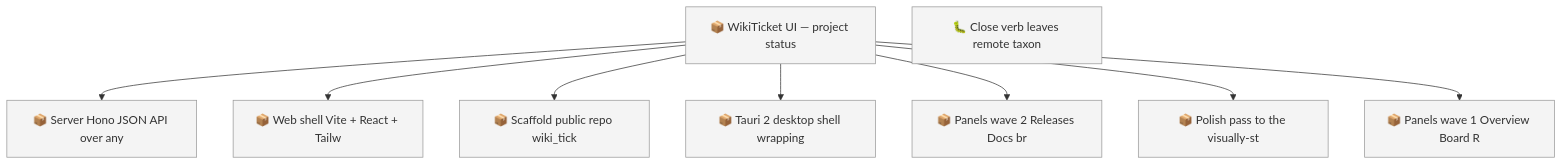
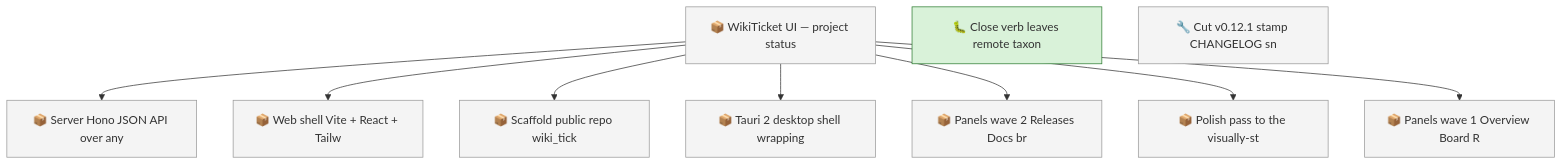
One commit to SpillwaveSolutions/wiki_ticket_sdd changed the first of 2 diagrams in docs/roadmap.md. Above: the diagram before and after it, drawn with Mermaid. The commit also changed other lines of this file and 18 other files, not shown here.

````diff
--- a/docs/roadmap.md
+++ b/docs/roadmap.md
@@ -51,21 +64,24 @@
 ```mermaid
 graph TD
     01KY111BC71KJGNH55CB2DWMKN["📦 Server Hono JSON API over any"]
     01KY111BC7B70C7M2RF1E57G17["📦 Web shell Vite + React + Tailw"]
     01KY111BC7NJ4BE7JBDK2P6Y56["📦 Scaffold public repo wiki_tick"]
     01KY111BC7PABV8W6SDNVQACSN["📦 WikiTicket UI — project status"]
     01KY111BC842N3J7Y7H85NHSEG["📦 Tauri 2 desktop shell wrapping"]
     01KY111BC88FS6QD49JADZ9CJ5["📦 Panels wave 2 Releases Docs br"]
     01KY111BC8F9BH0T3TERYEFC3C["📦 Polish pass to the visually-st"]
     01KY111BC8QJAS9KH7N368N6RF["📦 Panels wave 1 Overview Board R"]
     01KY129SGV3DEX5NVAP34VV9G2["🐛 Close verb leaves remote taxon"]
+    01KY2J9WN6WN6A8TVMR1TNS6ZX["🔧 Cut v0.12.1 stamp CHANGELOG sn"]
     01KY111BC7PABV8W6SDNVQACSN --> 01KY111BC71KJGNH55CB2DWMKN
     01KY111BC7PABV8W6SDNVQACSN --> 01KY111BC7B70C7M2RF1E57G17
     01KY111BC7PABV8W6SDNVQACSN --> 01KY111BC7NJ4BE7JBDK2P6Y56
     01KY111BC7PABV8W6SDNVQACSN --> 01KY111BC842N3J7Y7H85NHSEG
     01KY111BC7PABV8W6SDNVQACSN --> 01KY111BC88FS6QD49JADZ9CJ5
     01KY111BC7PABV8W6SDNVQACSN --> 01KY111BC8F9BH0T3TERYEFC3C
     01KY111BC7PABV8W6SDNVQACSN --> 01KY111BC8QJAS9KH7N368N6RF
     classDef todo fill:#f4f4f4,stroke:#999999
-    class 01KY111BC71KJGNH55CB2DWMKN,01KY111BC7B70C7M2RF1E57G17,01KY111BC7NJ4BE7JBDK2P6Y56,01KY111BC7PABV8W6SDNVQACSN,01KY111BC842N3J7Y7H85NHSEG,01KY111BC88FS6QD49JADZ9CJ5,01KY111BC8F9BH0T3TERYEFC3C,01KY111BC8QJAS9KH7N368N6RF,01KY129SGV3DEX5NVAP34VV9G2 todo
+    class 01KY111BC71KJGNH55CB2DWMKN,01KY111BC7B70C7M2RF1E57G17,01KY111BC7NJ4BE7JBDK2P6Y56,01KY111BC7PABV8W6SDNVQACSN,01KY111BC842N3J7Y7H85NHSEG,01KY111BC88FS6QD49JADZ9CJ5,01KY111BC8F9BH0T3TERYEFC3C,01KY111BC8QJAS9KH7N368N6RF,01KY2J9WN6WN6A8TVMR1TNS6ZX todo
+    classDef in_progress fill:#d9f2d9,stroke:#2e7d32
+    class 01KY129SGV3DEX5NVAP34VV9G2 in_progress
 ```
````
